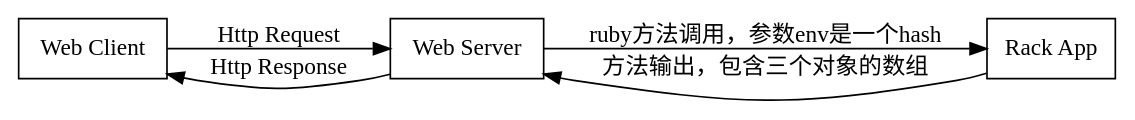
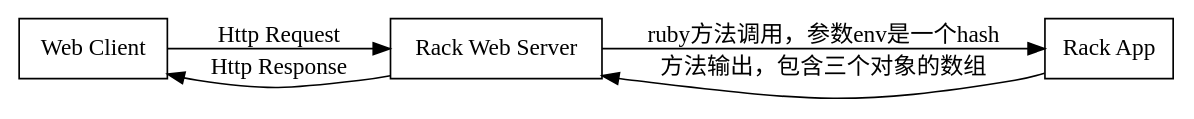
One commit to yuanxinyu/yuanxinyu.github.io changed the diagram in dot/2.dot. Above: the diagram before and after it, drawn with Graphviz. The commit also changed 2 other files, not shown here.

```diff
--- a/dot/2.dot
+++ b/dot/2.dot
@@ -1,24 +1,24 @@
 
 digraph G {
 rankdir=LR
 edge [fontname="FangSong"];
 
 node [shape=box, fontname="FangSong"];
 {
 	WebClient [label="Web Client"];
 }
 
 node [shape=box, fontname="FangSong"];
 {
-	WebServer [label="Web Server"];
+	WebServer [label="Rack Web Server"];
 	RackApp [label="Rack App"];
 	
 }
 
 WebClient ->WebServer [label="Http Request"];
 WebServer ->WebClient [label="Http Response"];
 
 WebServer ->RackApp [label="ruby方法调用，参数env是一个hash"];
 RackApp ->WebServer [label="方法输出，包含三个对象的数组"];
 
 }
```
